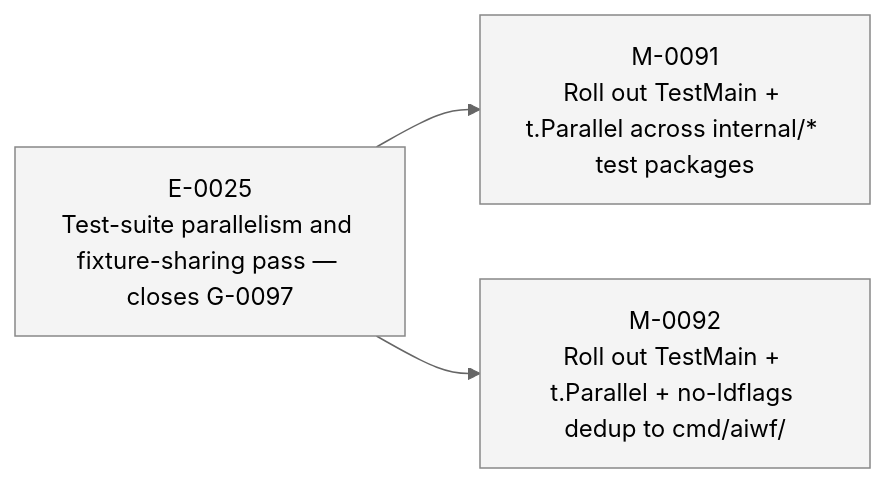
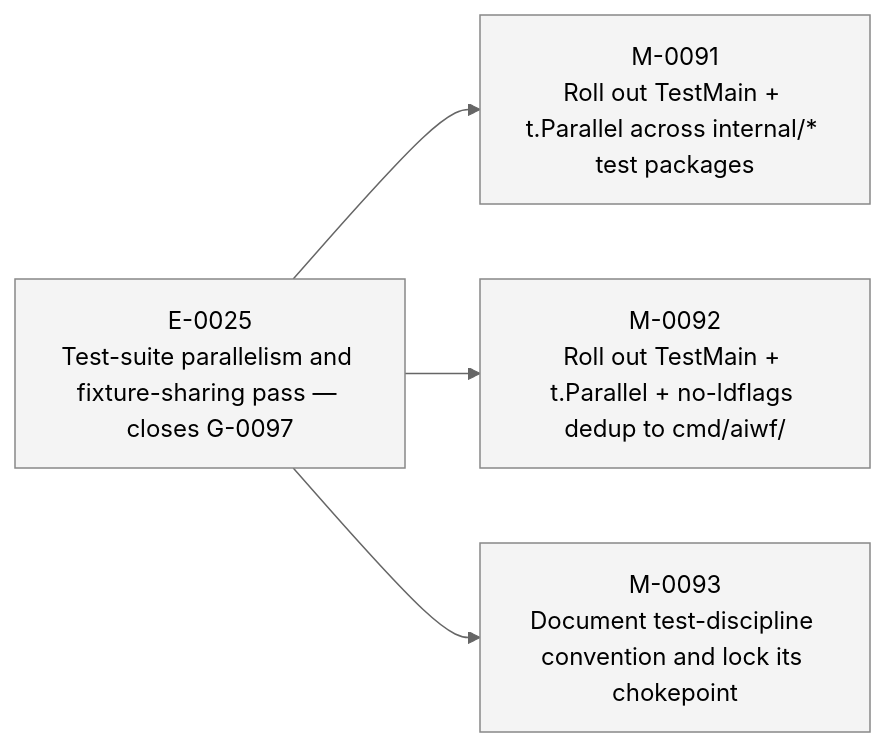
The second of 2 diagrams in STATUS.md (23min/aiwf), drawn with Mermaid (neutral theme) before and after one commit. The commit also changed other lines of this file and 1 other file, not shown here.

First line of the commit message:
aiwf add milestone M-0093 "Document test-discipline convention and lock its chokepoint"

````diff
--- a/STATUS.md
+++ b/STATUS.md
@@ -46,14 +47,16 @@
 ```mermaid
 flowchart LR
   E_0025["E-0025<br/>Test-suite parallelism and fixture-sharing pass — closes G-0097"]:::epic_proposed
   M_0091["M-0091<br/>Roll out TestMain + t.Parallel across internal/* test packages"]:::ms_draft
   E_0025 --> M_0091
   M_0092["M-0092<br/>Roll out TestMain + t.Parallel + no-ldflags dedup to cmd/aiwf/"]:::ms_draft
   E_0025 --> M_0092
+  M_0093["M-0093<br/>Document test-discipline convention and lock its chokepoint"]:::ms_draft
+  E_0025 --> M_0093
   classDef epic_active fill:#d6eaff,stroke:#1a73e8,color:#000
   classDef epic_proposed fill:#f4f4f4,stroke:#888,color:#000
   classDef ms_done fill:#d8f5d8,stroke:#2a8a2a,color:#000
   classDef ms_in_progress fill:#fff3c4,stroke:#caa400,color:#000
   classDef ms_draft fill:#f4f4f4,stroke:#888,color:#000
   classDef ms_cancelled fill:#fbeaea,stroke:#c33,color:#000
 ```
````
